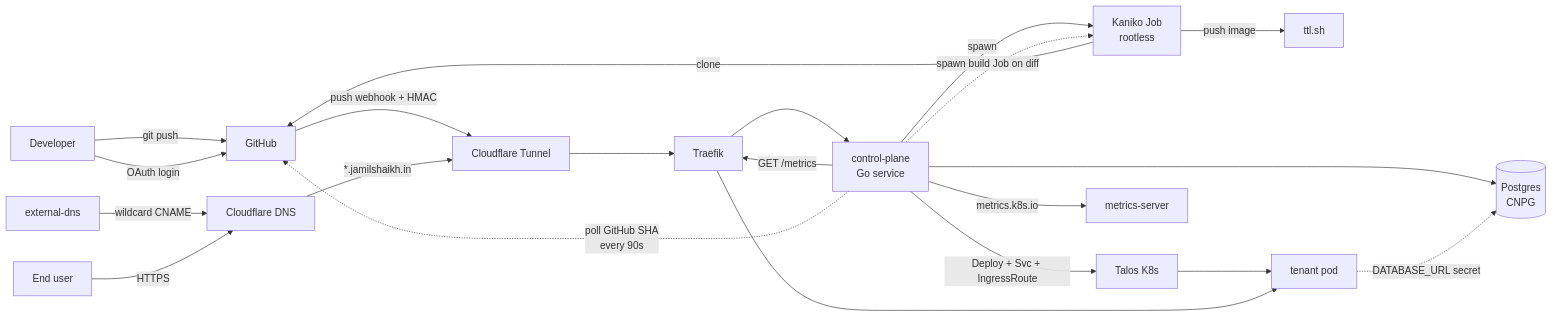
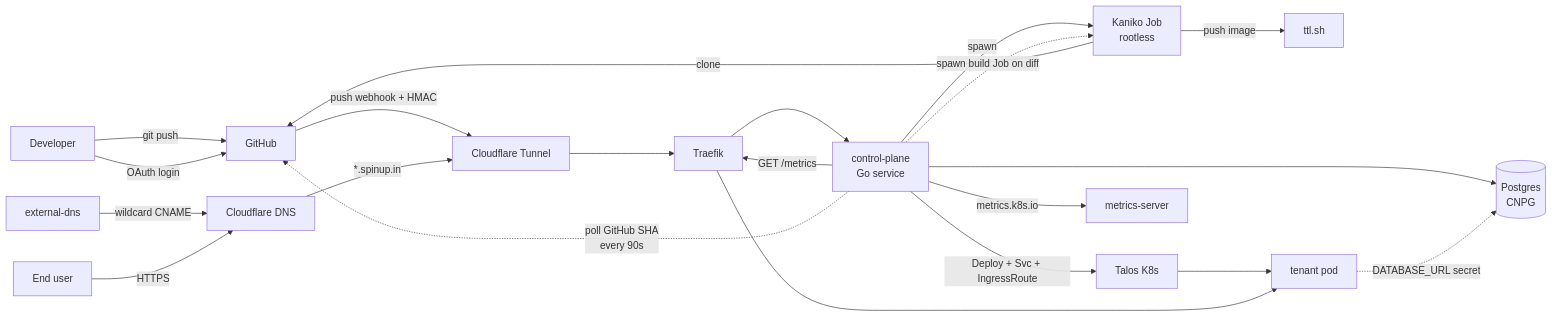
One commit to jamilshaikh07/vercel-clone changed the diagram in README.md. Above: the diagram before and after it, drawn with Mermaid. The commit also changed other lines of this file and 16 other files, not shown here.

````diff
--- a/README.md
+++ b/README.md
@@ -20,26 +20,26 @@
 ```mermaid
 flowchart LR
   dev[Developer] -->|git push| gh[GitHub]
   gh -->|push webhook + HMAC| cf[Cloudflare Tunnel]
   dev -->|OAuth login| gh
   cf --> traefik[Traefik]
   traefik --> cp[control-plane<br/>Go service]
 
   cp --> db[(Postgres<br/>CNPG)]
   cp -->|spawn| kaniko[Kaniko Job<br/>rootless]
   kaniko -->|clone| gh
   kaniko -->|push image| reg[ttl.sh]
 
   cp -->|Deploy + Svc + IngressRoute| k8s[Talos K8s]
   cp -->|metrics.k8s.io| ms[metrics-server]
   cp -->|GET /metrics| traefik
   cp -.->|poll GitHub SHA<br/>every 90s| gh
   cp -.->|spawn build Job on diff| kaniko
 
   k8s --> pod[tenant pod]
   pod -.->|DATABASE_URL secret| db
   extdns[external-dns] -->|wildcard CNAME| cflare[Cloudflare DNS]
-  cflare -->|*.jamilshaikh.in| cf
+  cflare -->|*.spinup.in| cf
   traefik --> pod
   user[End user] -->|HTTPS| cflare
 ```
````
